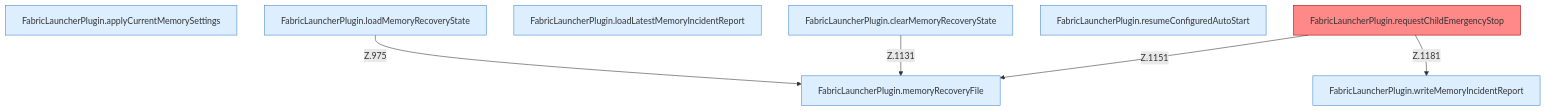
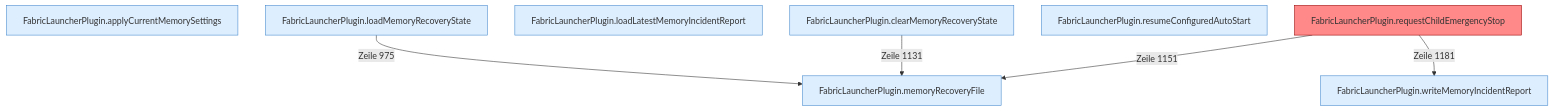
Before and after one commit to PrinceDiamant/minecraft-serverhoster-plugin: the diagram in Speicher-Stopp.md, drawn with Mermaid. The commit also changed other lines of this file and 2005 other files, not shown here.

````diff
--- a/Speicher-Stopp.md
+++ b/Speicher-Stopp.md
@@ -5,18 +5,18 @@
 ```mermaid
 flowchart TD
   n1["FabricLauncherPlugin.applyCurrentMemorySettings"]:::internal-link
   n2["FabricLauncherPlugin.loadMemoryRecoveryState"]:::internal-link
   n3["FabricLauncherPlugin.loadLatestMemoryIncidentReport"]:::internal-link
   n4["FabricLauncherPlugin.memoryRecoveryFile"]:::internal-link
   n5["FabricLauncherPlugin.clearMemoryRecoveryState"]:::internal-link
   n6["FabricLauncherPlugin.resumeConfiguredAutoStart"]:::internal-link
   n7["FabricLauncherPlugin.requestChildEmergencyStop"]:::internal-link
   n8["FabricLauncherPlugin.writeMemoryIncidentReport"]:::internal-link
-  n2 -->|"Z.975"| n4
-  n5 -->|"Z.1131"| n4
-  n7 -->|"Z.1151"| n4
-  n7 -->|"Z.1181"| n8
+  n2 -->|"Zeile 975"| n4
+  n5 -->|"Zeile 1131"| n4
+  n7 -->|"Zeile 1151"| n4
+  n7 -->|"Zeile 1181"| n8
   classDef internal-link fill:#ddeeff,stroke:#4488cc
   classDef befund fill:#f88
   style n7 fill:#f88,stroke:#900
 ```
````
